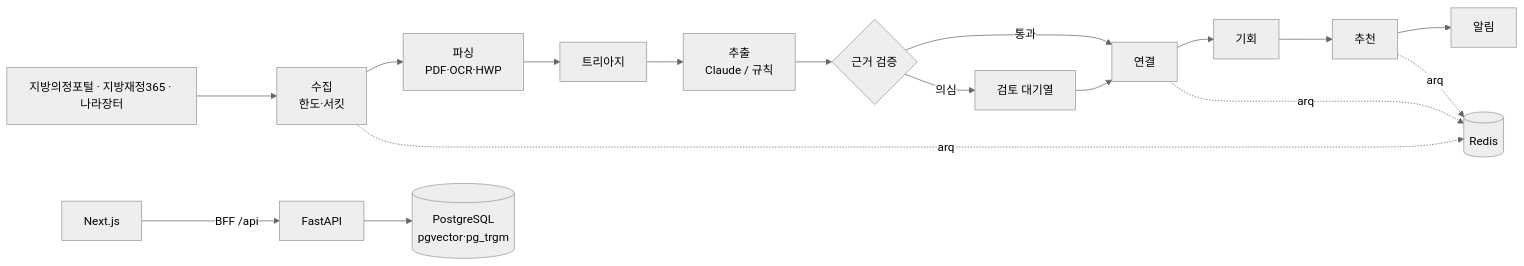
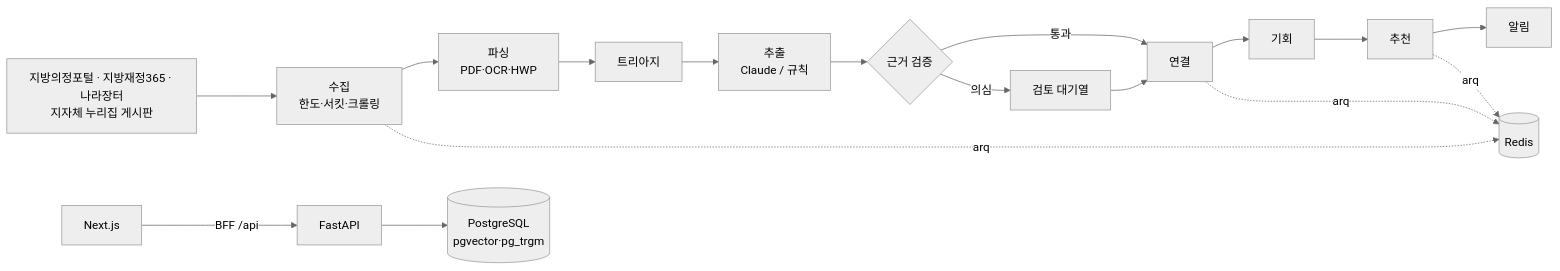
One commit to sokldjs554/mulmit changed the diagram in README.md. Above: the diagram before and after it, drawn with Mermaid (neutral theme). The commit also changed other lines of this file and 7 other files, not shown here.

````diff
--- a/README.md
+++ b/README.md
@@ -82,10 +128,10 @@
 ```mermaid
 flowchart LR
-  S[지방의정포털 · 지방재정365 · 나라장터] --> I[수집<br/>한도·서킷]
+  S[지방의정포털 · 지방재정365 · 나라장터<br/>지자체 누리집 게시판] --> I[수집<br/>한도·서킷·크롤링]
   I --> P[파싱<br/>PDF·OCR·HWP] --> T[트리아지] --> E[추출<br/>Claude / 규칙]
   E --> V{근거 검증}
   V -- 통과 --> L[연결] --> O[기회] --> R[추천] --> N[알림]
   V -- 의심 --> Q[검토 대기열] --> L
   W[Next.js] -- BFF /api --> A[FastAPI] --> DB[(PostgreSQL<br/>pgvector·pg_trgm)]
   I & L & R -.arq.-> RD[(Redis)]
 ```
````
